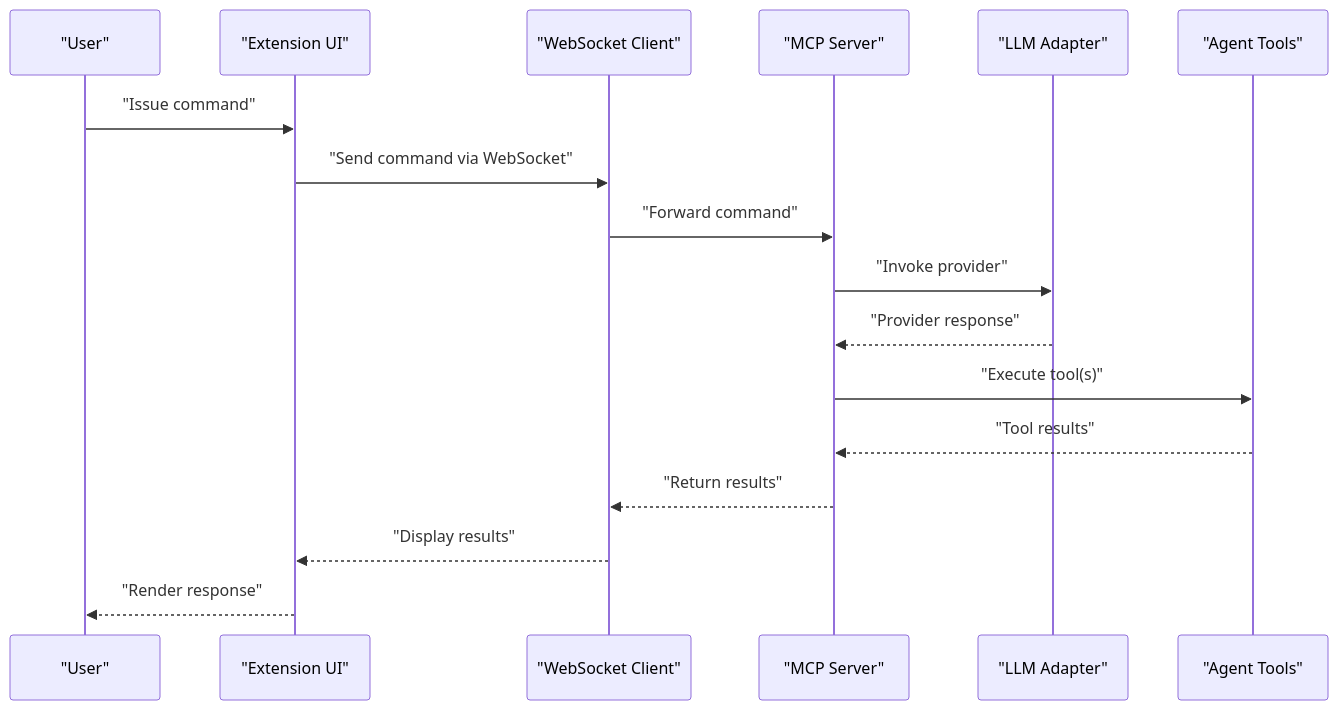
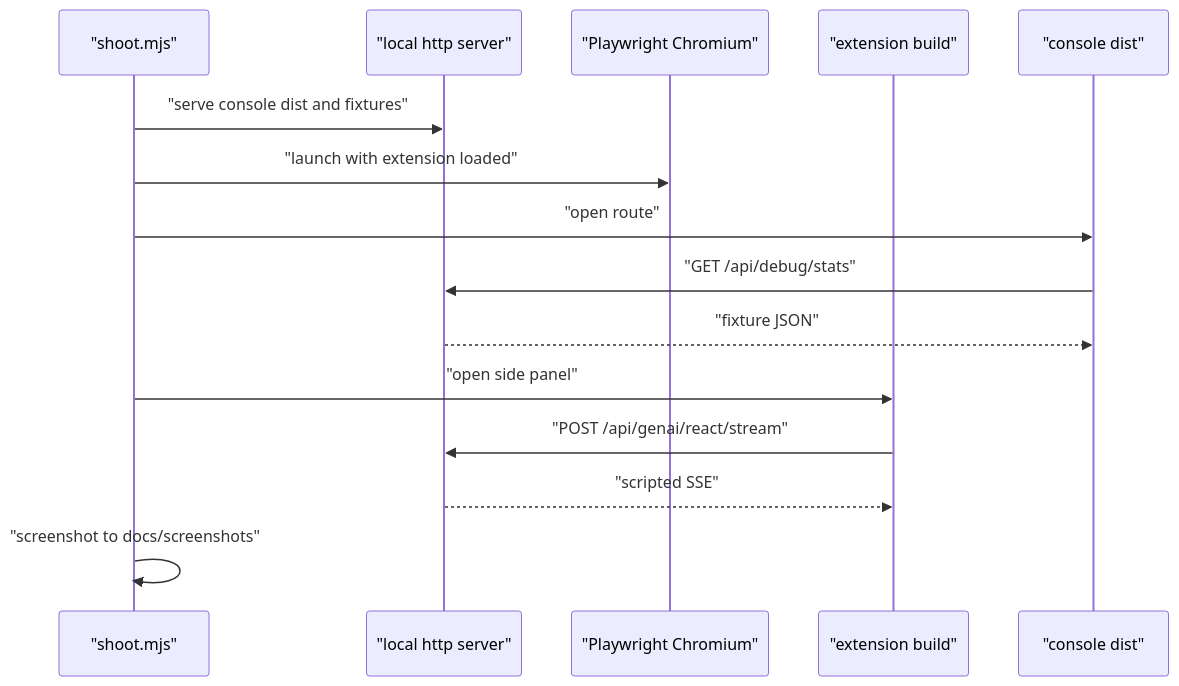
The second of 5 diagrams in src/data/docs/agentic-browser/Testing Strategy.md (tashifkhan/tashif.codes), drawn with Mermaid before and after one commit. The commit also changed other lines of this file and 114 other files, not shown here.

````diff
--- a/src/data/docs/agentic-browser/Testing Strategy.md
+++ b/src/data/docs/agentic-browser/Testing Strategy.md
@@ -69,19 +60,17 @@
 ```mermaid
 sequenceDiagram
-participant User as "User"
-participant Ext as "Extension UI"
-participant WS as "WebSocket Client"
-participant MCP as "MCP Server"
-participant LLM as "LLM Adapter"
-participant Tools as "Agent Tools"
-User->>Ext : "Issue command"
-Ext->>WS : "Send command via WebSocket"
-WS->>MCP : "Forward command"
-MCP->>LLM : "Invoke provider"
-LLM-->>MCP : "Provider response"
-MCP->>Tools : "Execute tool(s)"
-Tools-->>MCP : "Tool results"
-MCP-->>WS : "Return results"
-WS-->>Ext : "Display results"
-Ext-->>User : "Render response"
+  participant Script as "shoot.mjs"
+  participant Server as "local http server"
+  participant Chromium as "Playwright Chromium"
+  participant Ext as "extension build"
+  participant Console as "console dist"
+  Script->>Server : "serve console dist and fixtures"
+  Script->>Chromium : "launch with extension loaded"
+  Script->>Console : "open route"
+  Console->>Server : "GET /api/debug/stats"
+  Server-->>Console : "fixture JSON"
+  Script->>Ext : "open side panel"
+  Ext->>Server : "POST /api/genai/react/stream"
+  Server-->>Ext : "scripted SSE"
+  Script->>Script : "screenshot to docs/screenshots"
 ```
````
